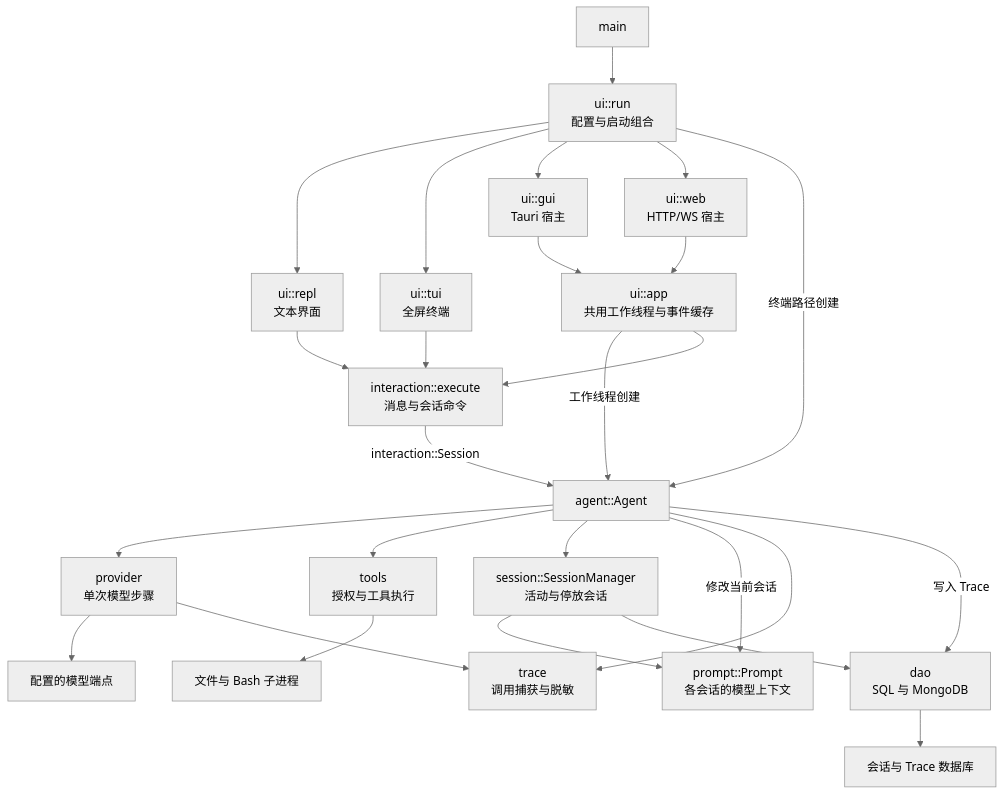
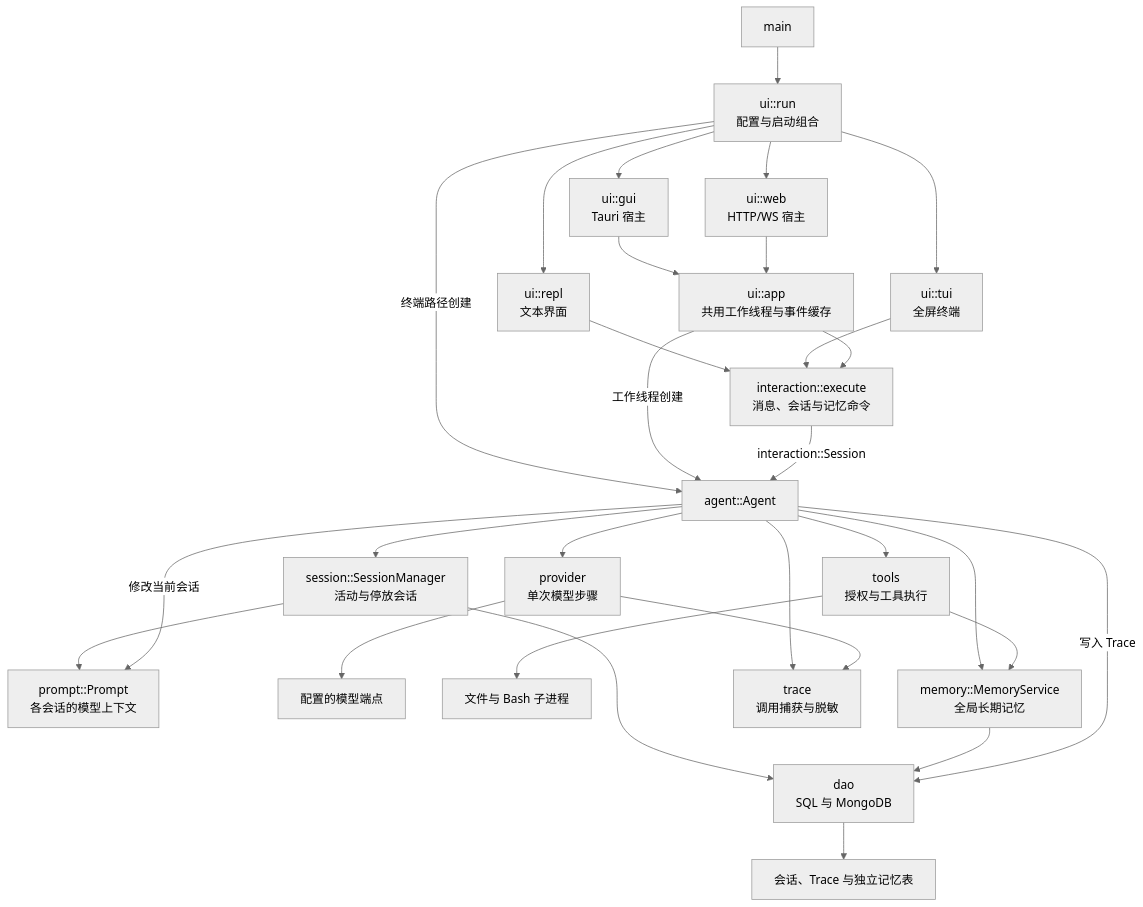
The second of 4 diagrams in docs/design/architecture.md (Godyu97/geer-agent), drawn with Mermaid (neutral theme) before and after one commit. The commit also changed other lines of this file and 1 other file, not shown here.

````diff
--- a/docs/design/architecture.md
+++ b/docs/design/architecture.md
@@ -110,28 +121,31 @@
 ```mermaid
 flowchart TD
     Main["main"] --> UI["ui::run<br/>配置与启动组合"]
     UI --> Repl["ui::repl<br/>文本界面"]
     UI --> Tui["ui::tui<br/>全屏终端"]
     UI --> Gui["ui::gui<br/>Tauri 宿主"]
     UI --> Web["ui::web<br/>HTTP/WS 宿主"]
     Gui --> App["ui::app<br/>共用工作线程与事件缓存"]
     Web --> App
     UI -->|"终端路径创建"| Agent["agent::Agent"]
     App -->|"工作线程创建"| Agent
-    Repl --> Execute["interaction::execute<br/>消息与会话命令"]
+    Repl --> Execute["interaction::execute<br/>消息、会话与记忆命令"]
     Tui --> Execute
     App --> Execute
     Execute -->|"interaction::Session"| Agent
     Agent --> Provider["provider<br/>单次模型步骤"]
     Agent --> Tools["tools<br/>授权与工具执行"]
     Agent --> Sessions["session::SessionManager<br/>活动与停放会话"]
     Sessions --> Prompt["prompt::Prompt<br/>各会话的模型上下文"]
     Agent -->|"修改当前会话"| Prompt
     Provider --> LLM["配置的模型端点"]
     Tools --> Local["文件与 Bash 子进程"]
     Sessions --> DAO["dao<br/>SQL 与 MongoDB"]
+    Agent --> Memory["memory::MemoryService<br/>全局长期记忆"]
+    Tools --> Memory
+    Memory --> DAO
     Agent --> Trace["trace<br/>调用捕获与脱敏"]
     Provider --> Trace
     Agent -->|"写入 Trace"| DAO
-    DAO --> DB["会话与 Trace 数据库"]
+    DAO --> DB["会话、Trace 与独立记忆表"]
 ```
````
